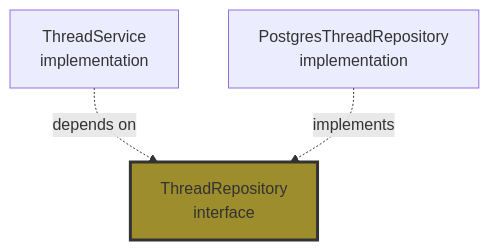
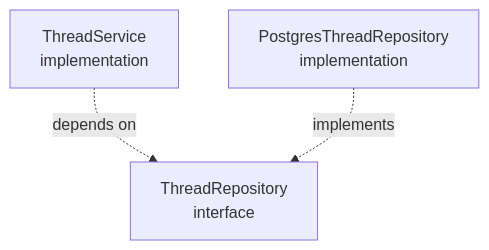
The fourth of 4 diagrams in _docs/technical/backend/architecture/service-layer.md (haowjy/meridian-flow), drawn with Mermaid before and after one commit. The commit also changed other lines of this file and 46 other files, not shown here.

````diff
--- a/_docs/technical/backend/architecture/service-layer.md
+++ b/_docs/technical/backend/architecture/service-layer.md
@@ -329,11 +324,10 @@
 ```mermaid
 graph TB
     Service[ThreadService<br/>implementation]
     Interface[ThreadRepository<br/>interface]
     Postgres[PostgresThreadRepository<br/>implementation]
 
     Service -.depends on.-> Interface
     Postgres -.implements.-> Interface
 
-    style Interface fill:#9d8d2d,stroke:#333,stroke-width:3px
 ```
````
